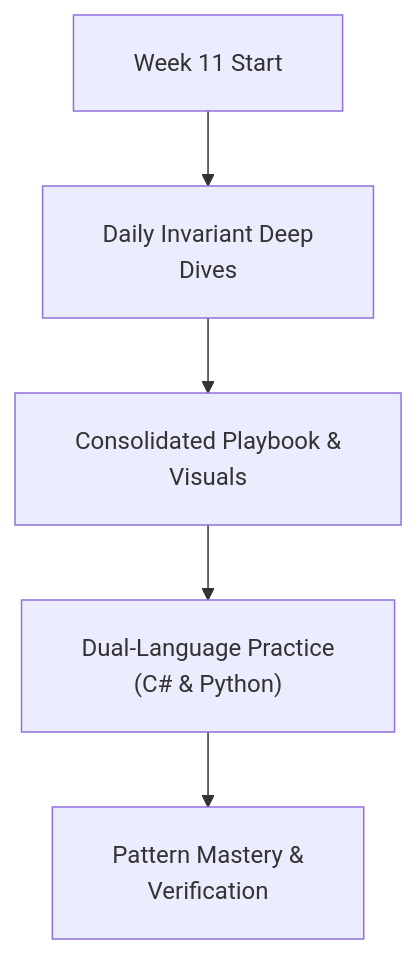
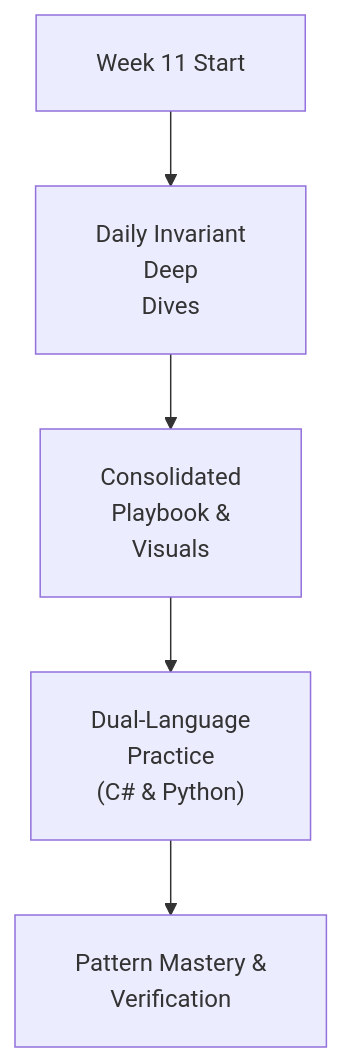
The diagram in week_11_dp_ii_advanced/README.md (dip4k/DSA_102), drawn with Mermaid before and after one commit. The commit also changed 106 other files, not shown here.

First line of the commit message:
fix(mermaid): prevent text clipping with foreignObject overflow and tighter line wrapping

````diff
--- a/week_11_dp_ii_advanced/README.md
+++ b/week_11_dp_ii_advanced/README.md
@@ -16,8 +16,8 @@
 ```mermaid
-%%{init: {"flowchart": {"htmlLabels": true, "padding": 20}}}%%
+%%{init: {"flowchart": {"htmlLabels": true, "padding": 20}, "themeCSS": "foreignObject { overflow: visible !important; }"}}%%
 flowchart TD
-    Start["Week 11 Start"] --> Daily["Daily Invariant Deep<br/>Dives"]
-    Daily --> Playbook["Consolidated Playbook &<br/>Visuals"]
-    Playbook --> DualLang["Dual-Language Practice<br/>(C# & Python)"]
+    Start["Week 11 Start"] --> Daily["Daily Invariant<br/>Deep<br/>Dives"]
+    Daily --> Playbook["Consolidated<br/>Playbook &<br/>Visuals"]
+    Playbook --> DualLang["Dual-Language<br/>Practice<br/>(C# & Python)"]
     DualLang --> Mastery["Pattern Mastery &<br/>Verification"]
 ```
````
